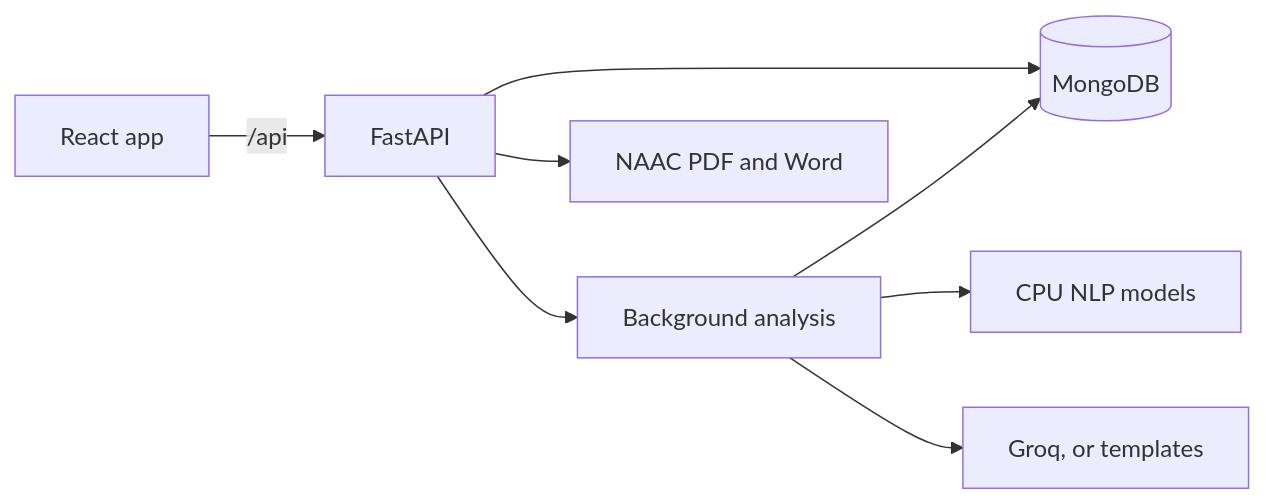
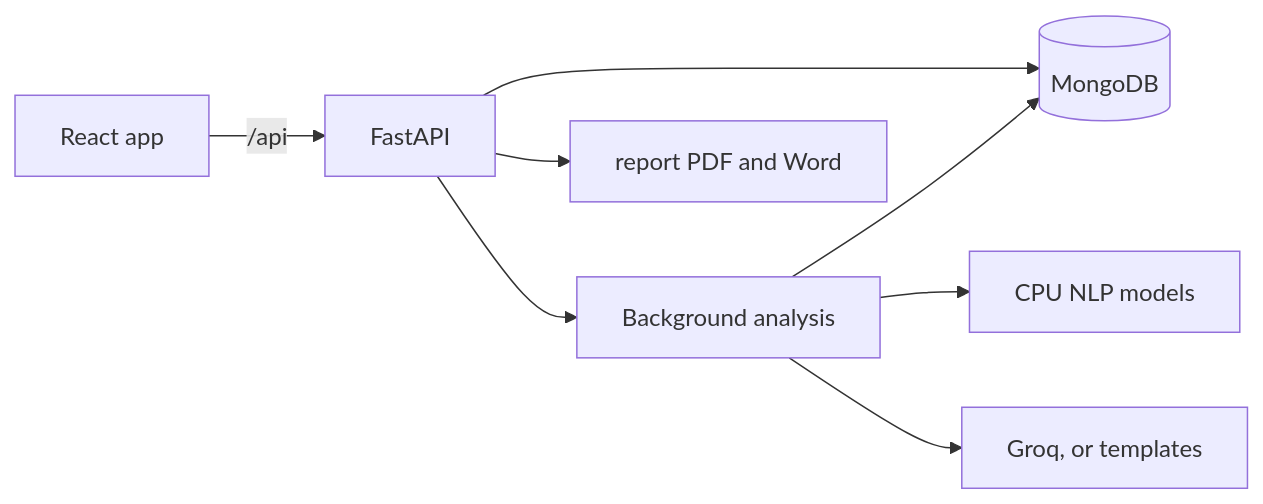
One commit to varshithvardhan2006-09/facultylens changed the diagram in README.md. Above: the diagram before and after it, drawn with Mermaid. The commit also changed other lines of this file and 56 other files, not shown here.

````diff
--- a/README.md
+++ b/README.md
@@ -104,10 +104,10 @@
 ```mermaid
 flowchart LR
   UI["React app"] -- "/api" --> API["FastAPI"]
   API --> DB[("MongoDB")]
   API --> JOBS["Background analysis"]
   JOBS --> NLP["CPU NLP models"]
   JOBS --> LLM["Groq, or templates"]
   JOBS --> DB
-  API --> REPORT["NAAC PDF and Word"]
+  API --> REPORT["report PDF and Word"]
 ```
````
